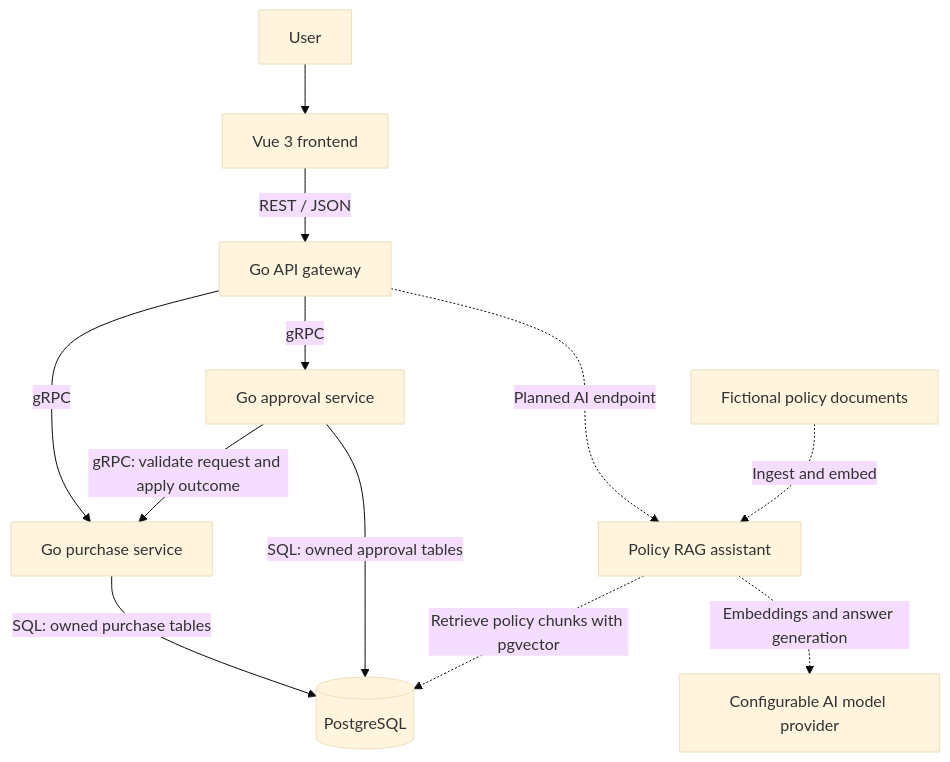
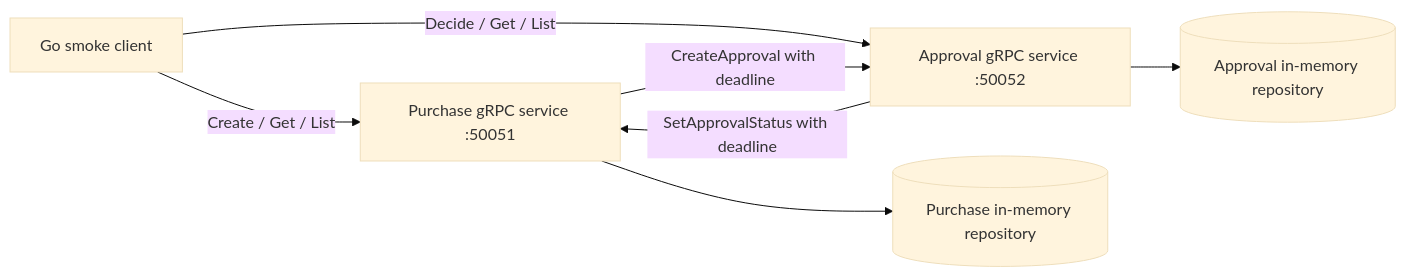
The diagram in docs/architecture.md (Rizvi-07/procureflow-ai), drawn with Mermaid (base theme) before and after one commit. The commit also changed other lines of this file and 28 other files, not shown here.

````diff
--- a/docs/architecture.md
+++ b/docs/architecture.md
@@ -11,14 +7,9 @@
 ```mermaid
-flowchart TD
-    User[User] --> Frontend[Vue 3 frontend]
-    Frontend -->|REST / JSON| Gateway[Go API gateway]
-    Gateway -->|gRPC| Purchase[Go purchase service]
-    Gateway -->|gRPC| Approval[Go approval service]
-    Approval -->|gRPC: validate request and apply outcome| Purchase
-    Purchase -->|SQL: owned purchase tables| Database[(PostgreSQL)]
-    Approval -->|SQL: owned approval tables| Database
-    Gateway -.->|Planned AI endpoint| Assistant[Policy RAG assistant]
-    Policies[Fictional policy documents] -.->|Ingest and embed| Assistant
-    Assistant -.->|Retrieve policy chunks with pgvector| Database
-    Assistant -.->|Embeddings and answer generation| Model[Configurable AI model provider]
+flowchart LR
+    Client[Go smoke client] -->|Create / Get / List| Purchase[Purchase gRPC service :50051]
+    Client -->|Decide / Get / List| Approval[Approval gRPC service :50052]
+    Purchase -->|CreateApproval with deadline| Approval
+    Approval -->|SetApprovalStatus with deadline| Purchase
+    Purchase --> PurchaseStore[(Purchase in-memory repository)]
+    Approval --> ApprovalStore[(Approval in-memory repository)]
 ```
````
